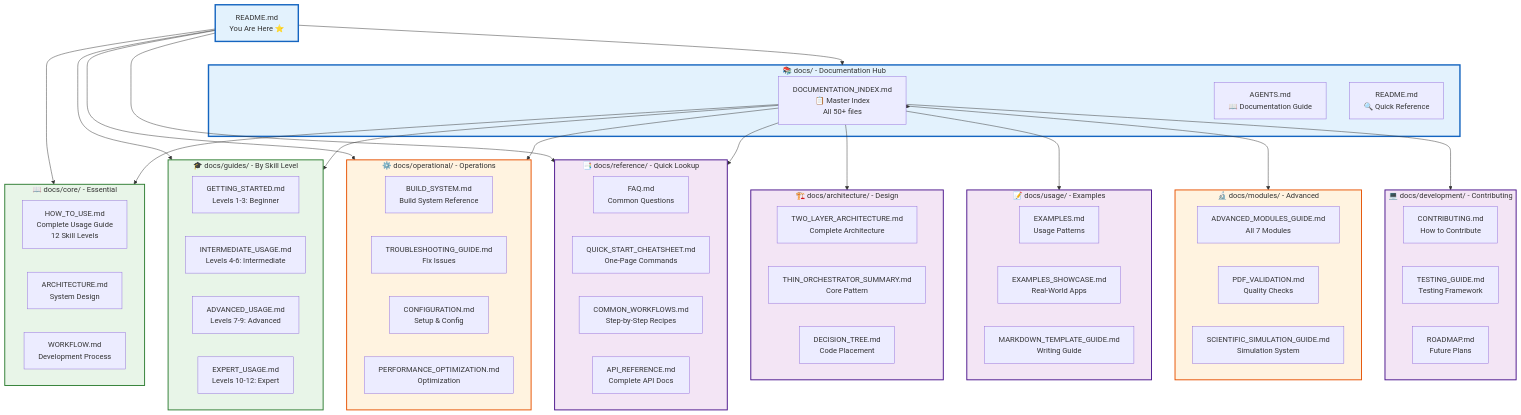
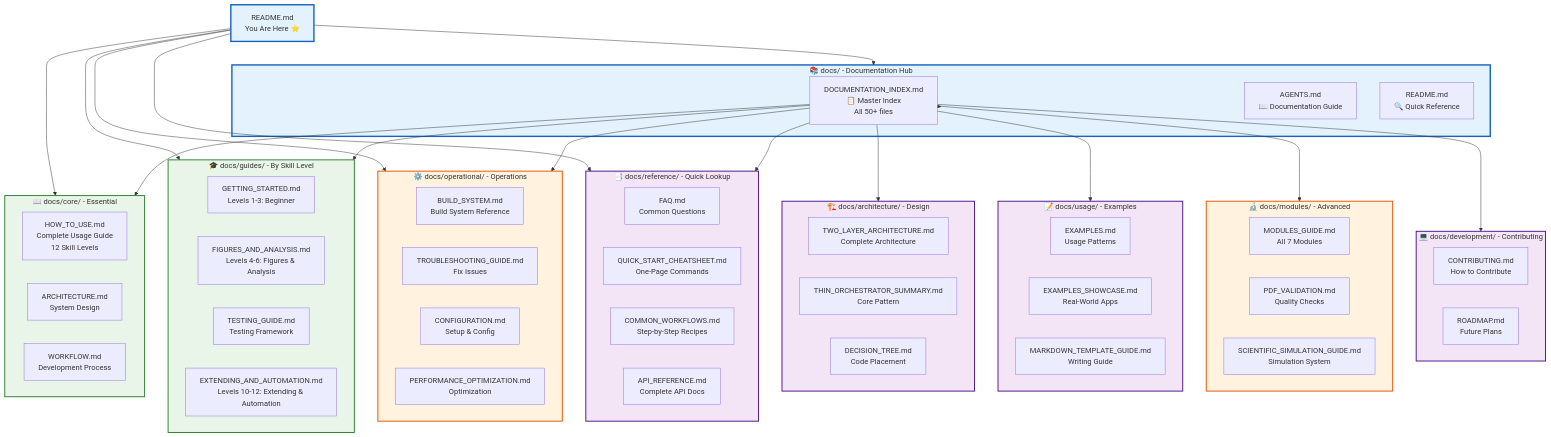
One commit to docxology/template changed the second of 14 diagrams in README.md. Above: the diagram before and after it, drawn with Mermaid. The commit also changed other lines of this file and 1497 other files, not shown here.

```diff
--- a/README.md
+++ b/README.md
@@ -152,9 +152,9 @@
     
     subgraph Guides["🎓 docs/guides/ - By Skill Level"]
         GETTING_STARTED[GETTING_STARTED.md\nLevels 1-3: Beginner]
-        INTERMEDIATE[INTERMEDIATE_USAGE.md\nLevels 4-6: Intermediate]
-        ADVANCED[ADVANCED_USAGE.md\nLevels 7-9: Advanced]
-        EXPERT[EXPERT_USAGE.md\nLevels 10-12: Expert]
+        FIGURES[FIGURES_AND_ANALYSIS.md\nLevels 4-6: Figures & Analysis]
+        TESTING[TESTING_AND_REPRODUCIBILITY.md\nLevels 7-9: Testing & Reproducibility]
+        EXTENDING[EXTENDING_AND_AUTOMATION.md\nLevels 10-12: Extending & Automation]
     end
     
     subgraph Operational["⚙️ docs/operational/ - Operations"]
@@ -184,7 +184,7 @@
     end
     
     subgraph Modules["🔬 docs/modules/ - Advanced"]
-        ADV_MODULES[ADVANCED_MODULES_GUIDE.md\nAll 7 Modules]
+        ADV_MODULES[MODULES_GUIDE.md\nAll 7 Modules]
         PDF_VAL[PDF_VALIDATION.md\nQuality Checks]
         SCI_SIM[SCIENTIFIC_SIMULATION_GUIDE.md\nSimulation System]
     end
```
